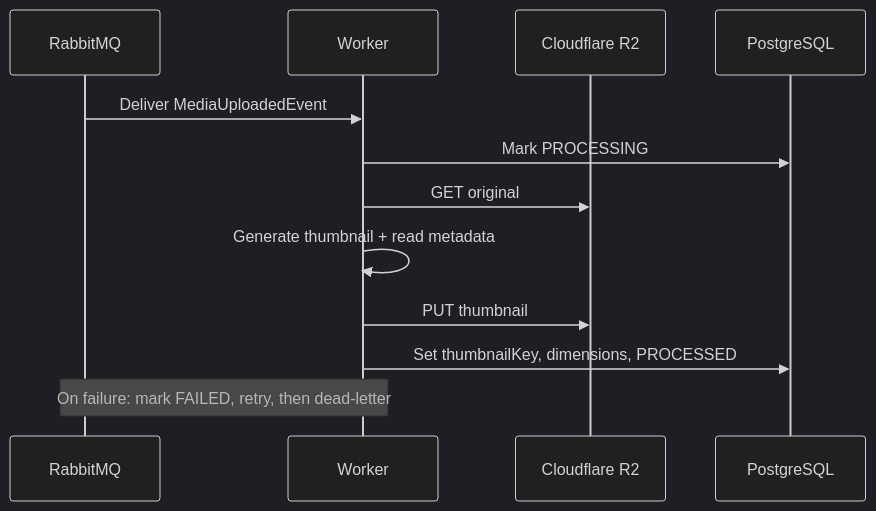
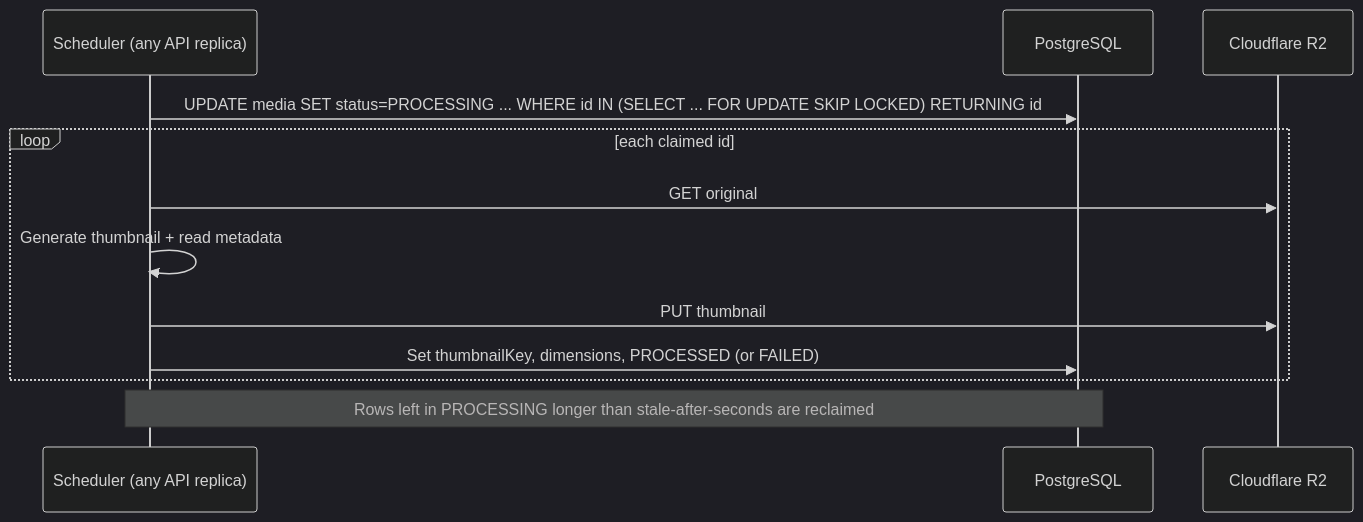
Before and after one commit to mudabs/EventShare: the third of 3 diagrams in docs/ARCHITECTURE.md, drawn with Mermaid (dark theme). The commit also changed other lines of this file and 51 other files, not shown here.

````diff
--- a/docs/ARCHITECTURE.md
+++ b/docs/ARCHITECTURE.md
@@ -74,14 +89,14 @@
 ```mermaid
 sequenceDiagram
-  participant MQ as RabbitMQ
-  participant WK as Worker
+  participant S as Scheduler (any API replica)
+  participant DB as PostgreSQL
   participant R2 as Cloudflare R2
-  participant DB as PostgreSQL
-  MQ->>WK: Deliver MediaUploadedEvent
-  WK->>DB: Mark PROCESSING
-  WK->>R2: GET original
-  WK->>WK: Generate thumbnail + read metadata
-  WK->>R2: PUT thumbnail
-  WK->>DB: Set thumbnailKey, dimensions, PROCESSED
-  Note over WK,MQ: On failure: mark FAILED, retry, then dead-letter
+  S->>DB: UPDATE media SET status=PROCESSING ... WHERE id IN (SELECT ... FOR UPDATE SKIP LOCKED) RETURNING id
+  loop each claimed id
+    S->>R2: GET original
+    S->>S: Generate thumbnail + read metadata
+    S->>R2: PUT thumbnail
+    S->>DB: Set thumbnailKey, dimensions, PROCESSED (or FAILED)
+  end
+  Note over S,DB: Rows left in PROCESSING longer than stale-after-seconds are reclaimed
 ```
````
